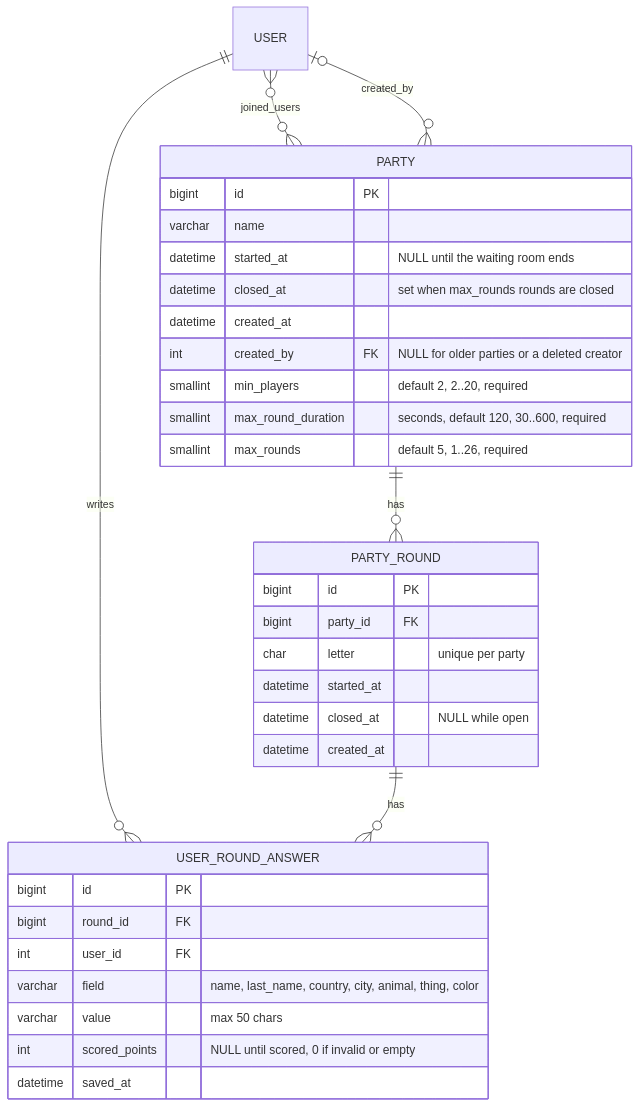
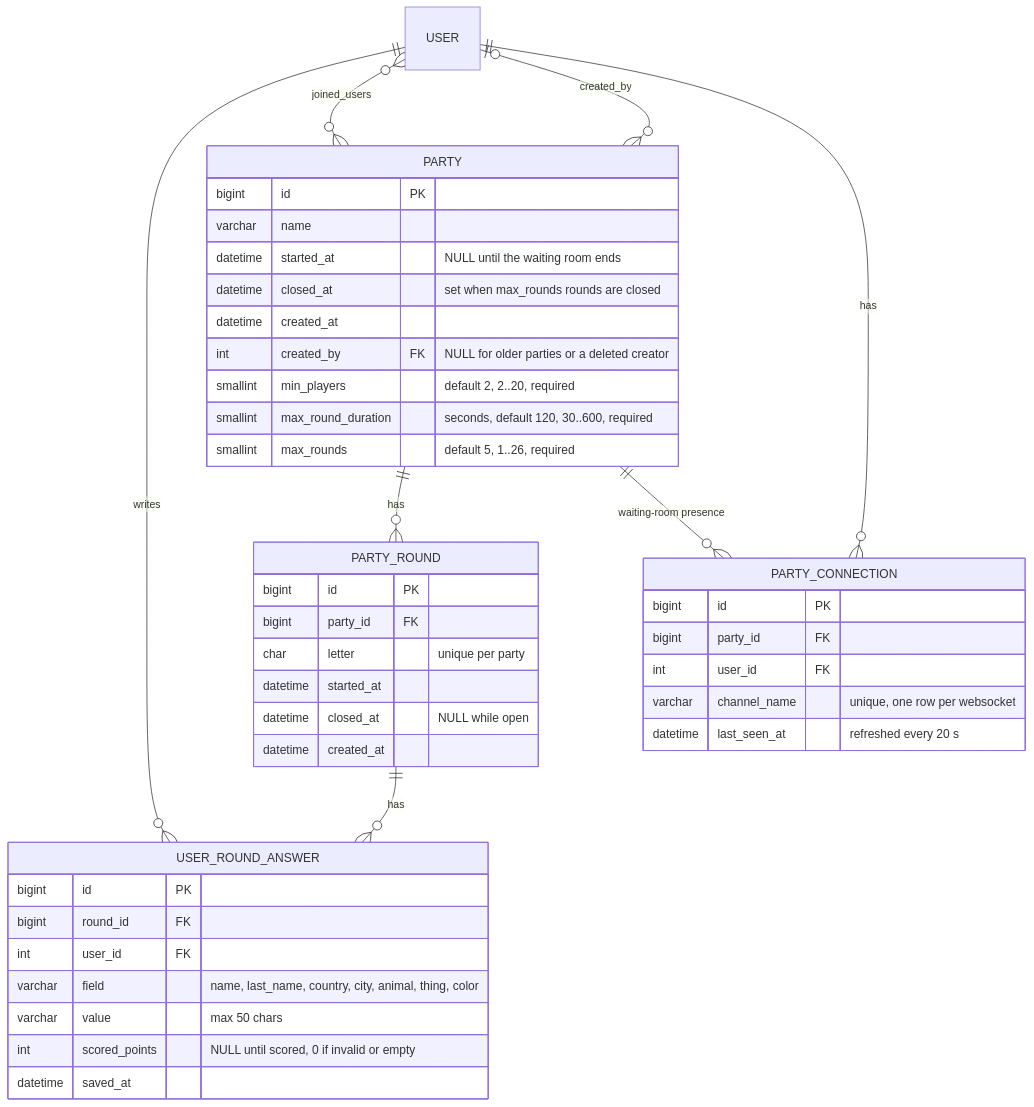
Before and after one commit to DanielGnzlzVll/AACX: the fifth of 5 diagrams in docs/architecture.md, drawn with Mermaid. The commit also changed other lines of this file and 9 other files, not shown here.

First line of the commit message:
AACX-15: count distinct connected players in the waiting room (#56)

````diff
--- a/docs/architecture.md
+++ b/docs/architecture.md
@@ -245,37 +246,46 @@
 ```mermaid
 erDiagram
     USER ||--o{ USER_ROUND_ANSWER : writes
     USER }o--o{ PARTY : "joined_users"
     USER |o--o{ PARTY : "created_by"
     PARTY ||--o{ PARTY_ROUND : has
+    PARTY ||--o{ PARTY_CONNECTION : "waiting-room presence"
+    USER ||--o{ PARTY_CONNECTION : has
     PARTY_ROUND ||--o{ USER_ROUND_ANSWER : has
 
     PARTY {
         bigint id PK
         varchar name
         datetime started_at "NULL until the waiting room ends"
         datetime closed_at "set when max_rounds rounds are closed"
         datetime created_at
         int created_by FK "NULL for older parties or a deleted creator"
         smallint min_players "default 2, 2..20, required"
         smallint max_round_duration "seconds, default 120, 30..600, required"
         smallint max_rounds "default 5, 1..26, required"
+    }
+    PARTY_CONNECTION {
+        bigint id PK
+        bigint party_id FK
+        int user_id FK
+        varchar channel_name "unique, one row per websocket"
+        datetime last_seen_at "refreshed every 20 s"
     }
     PARTY_ROUND {
         bigint id PK
         bigint party_id FK
         char letter "unique per party"
         datetime started_at
         datetime closed_at "NULL while open"
         datetime created_at
     }
     USER_ROUND_ANSWER {
         bigint id PK
         bigint round_id FK
         int user_id FK
         varchar field "name, last_name, country, city, animal, thing, color"
         varchar value "max 50 chars"
         int scored_points "NULL until scored, 0 if invalid or empty"
         datetime saved_at
     }
 ```
````
